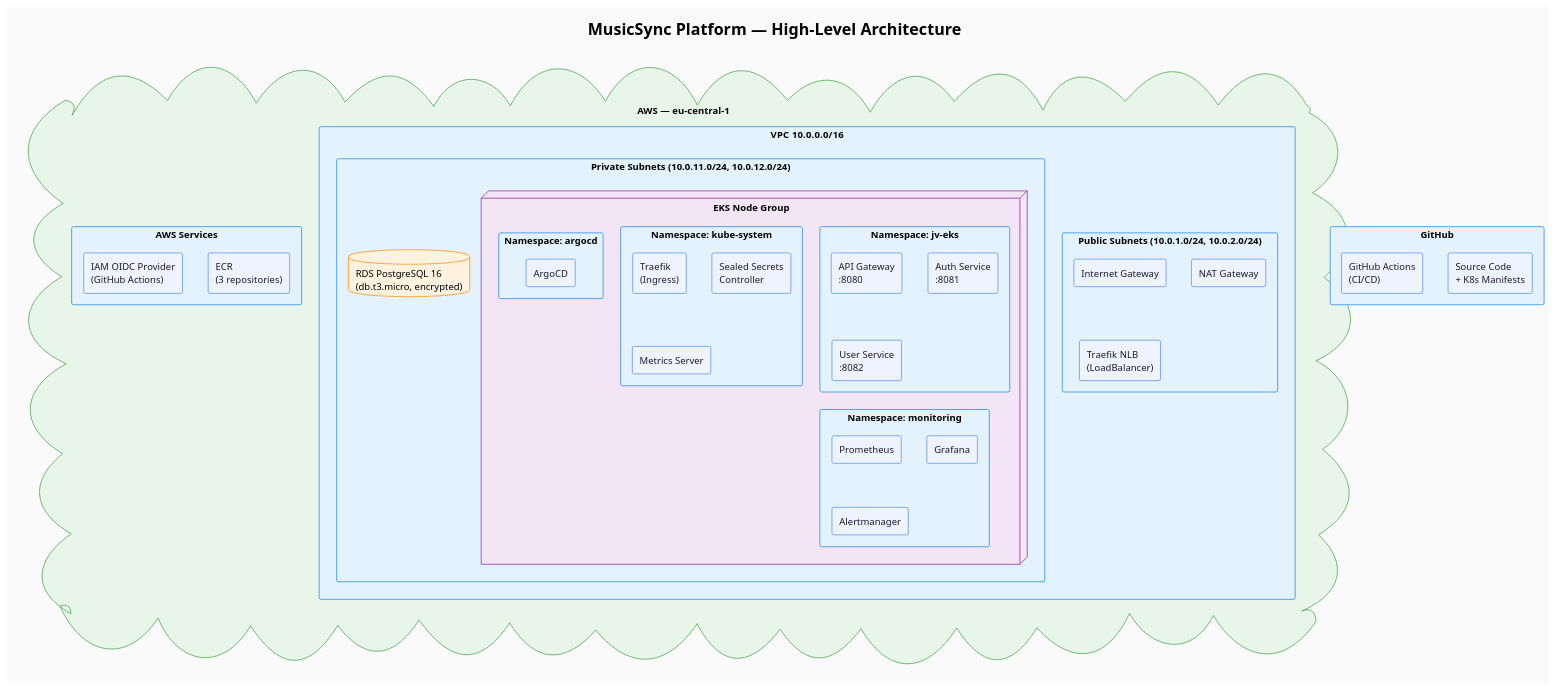
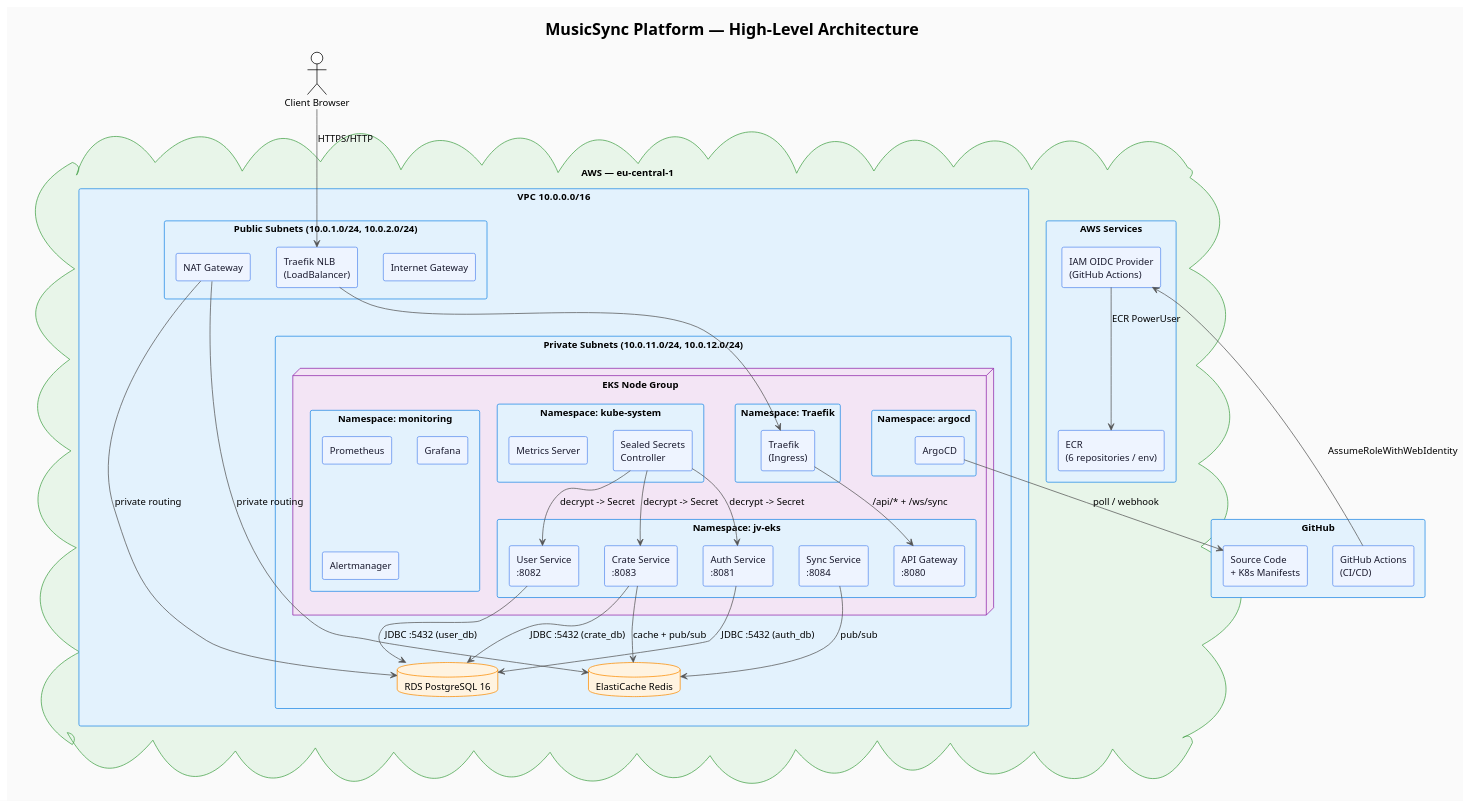
Before and after one commit to georgesMouawad/jv-eks: the diagram in docs/diagrams/architecture.puml, drawn with PlantUML. The commit also changed 1 other file, not shown here.

Commit message:
doc: update architecture diagram

```diff
--- a/docs/diagrams/architecture.puml
+++ b/docs/diagrams/architecture.puml
@@ -1,120 +1,138 @@
 @startuml architecture
 !theme plain
 skinparam backgroundColor #FAFAFA
 skinparam defaultFontName "Helvetica"
 skinparam defaultFontSize 13
 skinparam ArrowColor #555555
 skinparam componentStyle rectangle
 
 skinparam component {
     BackgroundColor #EEF4FF
     BorderColor #5B8DEF
     FontColor #1A1A2E
 }
 skinparam database {
     BackgroundColor #FFF3E0
     BorderColor #FB8C00
 }
 skinparam cloud {
     BackgroundColor #E8F5E9
     BorderColor #43A047
 }
 skinparam node {
     BackgroundColor #F3E5F5
     BorderColor #8E24AA
 }
 skinparam rectangle {
     BackgroundColor #E3F2FD
     BorderColor #1E88E5
 }
 
 title MusicSync Platform — High-Level Architecture
 
-' actor "Client" as client
+actor "Client Browser" as client
 
 cloud "AWS — eu-central-1" {
+
+    rectangle "AWS Services" {
+        component "ECR\n(6 repositories / env)" as ecr
+        component "IAM OIDC Provider\n(GitHub Actions)" as oidc
+    }
 
     rectangle "VPC  10.0.0.0/16" {
 
         rectangle "Public Subnets (10.0.1.0/24, 10.0.2.0/24)" {
             component "Internet Gateway" as igw
             component "NAT Gateway" as nat
             component "Traefik NLB\n(LoadBalancer)" as lb
         }
 
         rectangle "Private Subnets (10.0.11.0/24, 10.0.12.0/24)" {
 
             node "EKS Node Group" {
                 rectangle "Namespace: jv-eks" {
                     component "API Gateway\n:8080" as gw
                     component "Auth Service\n:8081" as auth
                     component "User Service\n:8082" as user
+                    component "Crate Service\n:8083" as crate
+                    component "Sync Service\n:8084" as sync
                 }
                 rectangle "Namespace: kube-system" {
-                    component "Traefik\n(Ingress)" as traefik
                     component "Sealed Secrets\nController" as ss
                     component "Metrics Server" as ms
                 }
+
+                rectangle "Namespace: Traefik" {
+                    component "Traefik\n(Ingress)" as traefik
+                }
+
                 rectangle "Namespace: argocd" {
                     component "ArgoCD" as argocd
                 }
                 rectangle "Namespace: monitoring" {
                     component "Prometheus" as prom
                     component "Grafana" as grafana
                     component "Alertmanager" as alert
                 }
             }
 
-            database "RDS PostgreSQL 16\n(db.t3.micro, encrypted)" as rds
+            database "RDS PostgreSQL 16" as rds
+            database "ElastiCache Redis" as redis
         }
-    }
-
-    rectangle "AWS Services" {
-        component "ECR\n(3 repositories)" as ecr
-        component "IAM OIDC Provider\n(GitHub Actions)" as oidc
     }
 }
 
 rectangle "GitHub" {
     component "Source Code\n+ K8s Manifests" as repo
     component "GitHub Actions\n(CI/CD)" as ci
 }
 
-' ' Traffic flow
-' client --> lb : HTTPS/HTTP
-' lb --> traefik
-' traefik --> gw : /api/*
-' gw --> auth : /api/auth/**
-' gw --> user : /api/users/**
+' Traffic flow
+client --> lb : HTTPS/HTTP
+lb --> traefik
+traefik --> gw : /api/* + /ws/sync
+' note right of gw
+'     Gateway routes to backend services
+'     (auth, user, crate, sync)
+' end note
 
-' ' Data
-' auth --> rds : JDBC :5432 (auth_db)
-' user --> rds : JDBC :5432 (user_db)
+' Data
+auth --> rds : JDBC :5432 (auth_db)
+user --> rds : JDBC :5432 (user_db)
+crate --> rds : JDBC :5432 (crate_db)
+crate --> redis : cache + pub/sub
+sync --> redis : pub/sub
 
-' ' GitOps
+' GitOps
 ' ci --> ecr : docker push
 ' ci --> repo : commit newTag [skip ci]
-' argocd --> repo : poll / webhook
+argocd --> repo : poll / webhook
 ' argocd --> traefik : kubectl apply
 ' argocd --> gw : kubectl apply
 ' argocd --> auth : kubectl apply
 ' argocd --> user : kubectl apply
+' argocd --> crate : kubectl apply
+' argocd --> sync : kubectl apply
 
-' ' Secrets
-' ss --> auth : decrypt → Secret
-' ss --> user : decrypt → Secret
+' Secrets
+ss --> auth : decrypt -> Secret
+ss --> user : decrypt -> Secret
+ss --> crate : decrypt -> Secret
 
-' ' Observability
+' Observability
 ' prom --> auth : scrape /actuator/prometheus
 ' prom --> user : scrape /actuator/prometheus
 ' prom --> gw   : scrape /actuator/prometheus
+' prom --> crate : scrape /actuator/prometheus
+' prom --> sync : scrape /actuator/prometheus
 ' grafana --> prom : query
 
-' ' OIDC auth
-' ci --> oidc : AssumeRoleWithWebIdentity
-' oidc --> ecr : ECR PowerUser
+' OIDC auth
+ci --> oidc : AssumeRoleWithWebIdentity
+oidc --> ecr : ECR PowerUser
 
-' ' Egress
-' nat --> rds : private routing
+' Egress
+nat --> rds : private routing
+nat --> redis : private routing
 
 @enduml
```
